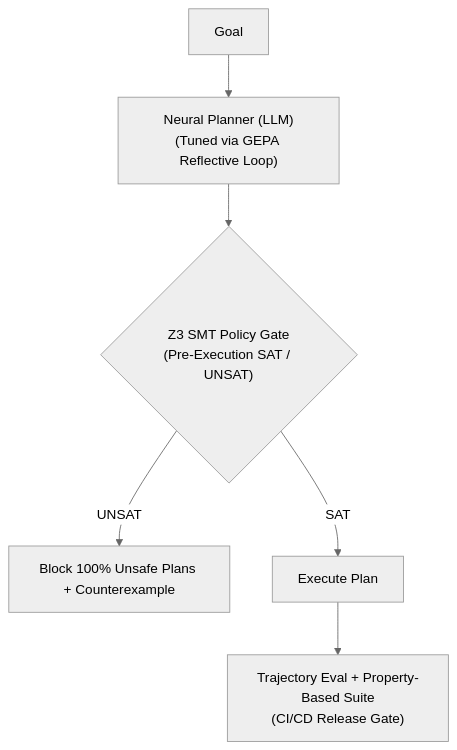
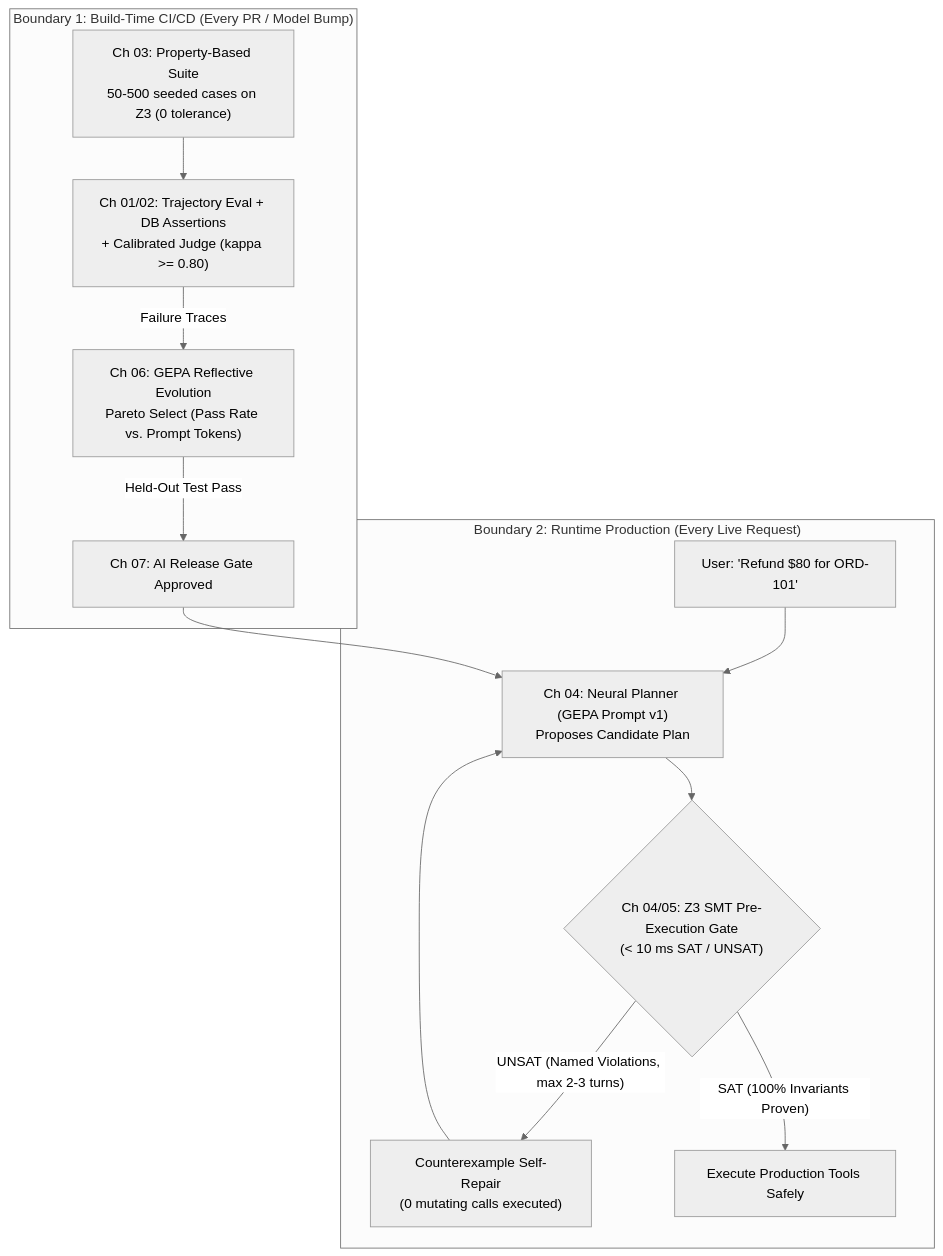
Before and after one commit to Amie-dev/FDE-and-GenAI-Mastery: the diagram in Lecture 42 - Neuro-Symbolic Verification Z3 and GEPA/notes/Lecture_42_Complete_Notes.md, drawn with Mermaid (neutral theme). The commit also changed other lines of this file and 13 other files, not shown here.

Commit message:
Refactor Lecture 44 and Lecture 45 notes for clarity and depth; enhance structure with executive summaries, chapter-by-chapter revisions, and detailed cheat sheets. Update diagrams to reflect improved architecture and flow, emphasizing security measures and identity management protocols.

````diff
--- a/Lecture 42 - Neuro-Symbolic Verification Z3 and GEPA/notes/Lecture_42_Complete_Notes.md
+++ b/Lecture 42 - Neuro-Symbolic Verification Z3 and GEPA/notes/Lecture_42_Complete_Notes.md
@@ -33,8 +34,16 @@
 ```mermaid
 flowchart TD
-    Goal["Goal"] --> Neural["Neural Planner (LLM)<br/>(Tuned via GEPA Reflective Loop)"]
-    Neural --> Z3{"Z3 SMT Policy Gate<br/>(Pre-Execution SAT / UNSAT)"}
-    Z3 -->|"UNSAT"| Block["Block 100% Unsafe Plans + Counterexample"]
-    Z3 -->|"SAT"| Exec["Execute Plan"]
-    Exec --> Eval["Trajectory Eval + Property-Based Suite<br/>(CI/CD Release Gate)"]
+    subgraph BuildTime["Boundary 1: Build-Time CI/CD (Every PR / Model Bump)"]
+        PBT["Ch 03: Property-Based Suite<br/>50-500 seeded cases on Z3 (0 tolerance)"] --> Traj["Ch 01/02: Trajectory Eval + DB Assertions<br/>+ Calibrated Judge (kappa >= 0.80)"]
+        Traj -->|"Failure Traces"| GEPA["Ch 06: GEPA Reflective Evolution<br/>Pareto Select (Pass Rate vs. Prompt Tokens)"]
+        GEPA -->|"Held-Out Test Pass"| Merge["Ch 07: AI Release Gate Approved"]
+    end
+    subgraph Runtime["Boundary 2: Runtime Production (Every Live Request)"]
+        User["User: 'Refund $80 for ORD-101'"] --> LLM["Ch 04: Neural Planner (GEPA Prompt v1)<br/>Proposes Candidate Plan"]
+        LLM --> Z3{"Ch 04/05: Z3 SMT Pre-Execution Gate<br/>(< 10 ms SAT / UNSAT)"}
+        Z3 -->|"UNSAT (Named Violations, max 2-3 turns)"| Repair["Counterexample Self-Repair<br/>(0 mutating calls executed)"]
+        Repair --> LLM
+        Z3 -->|"SAT (100% Invariants Proven)"| Tools["Execute Production Tools Safely"]
+    end
+    Merge --> LLM
 ```
````
